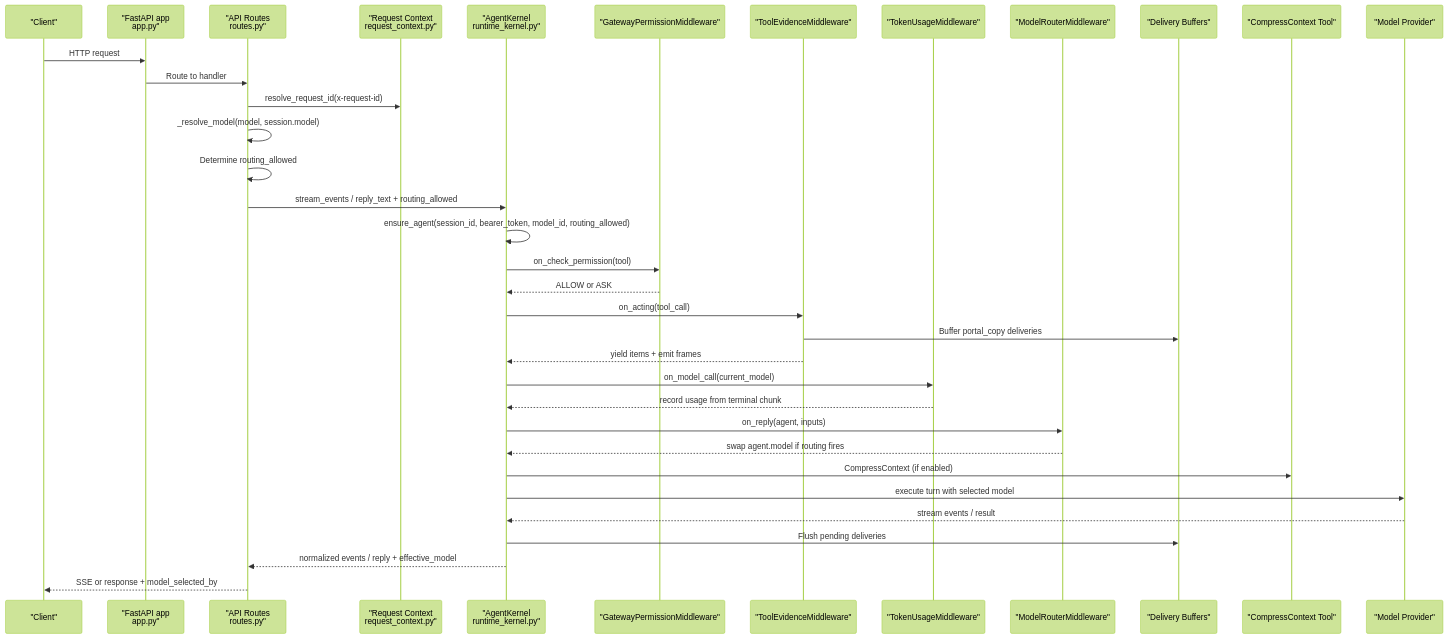
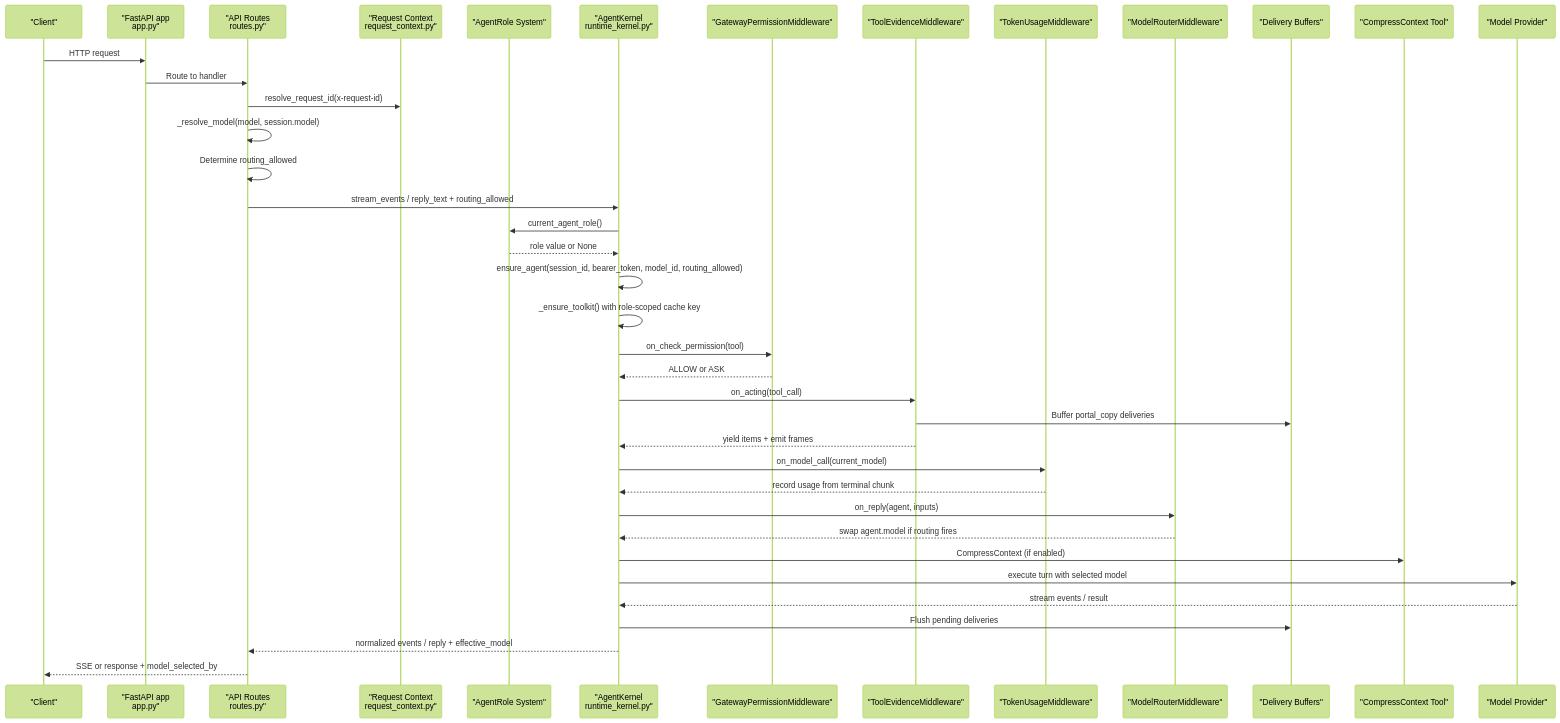
One commit to metasync/luban-aiops changed the second of 14 diagrams in .qoder/repowiki/en/content/Core Services/Agent Platform/Runtime Kernel and Middleware.md. Above: the diagram before and after it, drawn with Mermaid (forest theme). The commit also changed other lines of this file and 22 other files, not shown here.

````diff
--- a/.qoder/repowiki/en/content/Core Services/Agent Platform/Runtime Kernel and Middleware.md
+++ b/.qoder/repowiki/en/content/Core Services/Agent Platform/Runtime Kernel and Middleware.md
@@ -130,37 +140,41 @@
 ```mermaid
 sequenceDiagram
 participant Client as "Client"
 participant App as "FastAPI app<br/>app.py"
 participant Routes as "API Routes<br/>routes.py"
 participant RC as "Request Context<br/>request_context.py"
+participant Role as "AgentRole System"
 participant Kernel as "AgentKernel<br/>runtime_kernel.py"
 participant Perm as "GatewayPermissionMiddleware"
 participant Evidence as "ToolEvidenceMiddleware"
 participant Token as "TokenUsageMiddleware"
 participant Router as "ModelRouterMiddleware"
 participant Buf as "Delivery Buffers"
 participant Comp as "CompressContext Tool"
 participant Provider as "Model Provider"
 Client->>App : HTTP request
 App->>Routes : Route to handler
 Routes->>RC : resolve_request_id(x-request-id)
 Routes->>Routes : _resolve_model(model, session.model)
 Routes->>Routes : Determine routing_allowed
 Routes->>Kernel : stream_events / reply_text + routing_allowed
+Kernel->>Role : current_agent_role()
+Role-->>Kernel : role value or None
 Kernel->>Kernel : ensure_agent(session_id, bearer_token, model_id, routing_allowed)
+Kernel->>Kernel : _ensure_toolkit() with role-scoped cache key
 Kernel->>Perm : on_check_permission(tool)
 Perm-->>Kernel : ALLOW or ASK
 Kernel->>Evidence : on_acting(tool_call)
 Evidence->>Buf : Buffer portal_copy deliveries
 Evidence-->>Kernel : yield items + emit frames
 Kernel->>Token : on_model_call(current_model)
 Token-->>Kernel : record usage from terminal chunk
 Kernel->>Router : on_reply(agent, inputs)
 Router-->>Kernel : swap agent.model if routing fires
 Kernel->>Comp : CompressContext (if enabled)
 Kernel->>Provider : execute turn with selected model
 Provider-->>Kernel : stream events / result
 Kernel->>Buf : Flush pending deliveries
 Kernel-->>Routes : normalized events / reply + effective_model
 Routes-->>Client : SSE or response + model_selected_by
 ```
````
